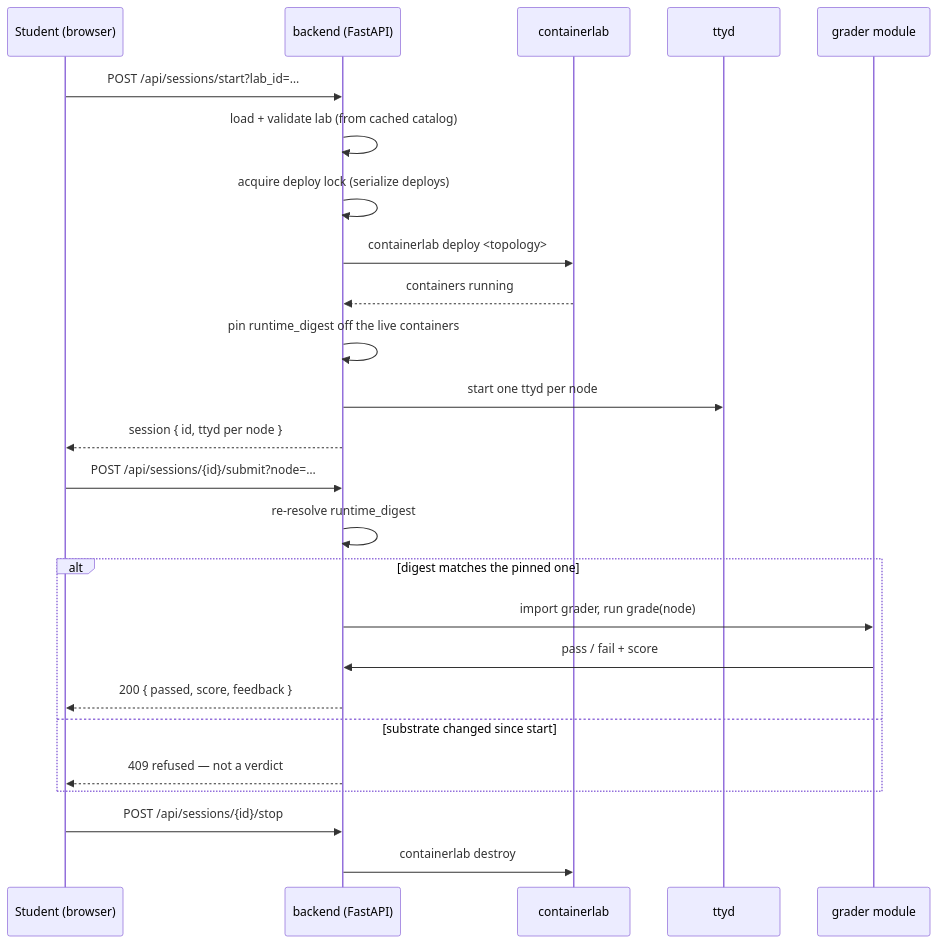
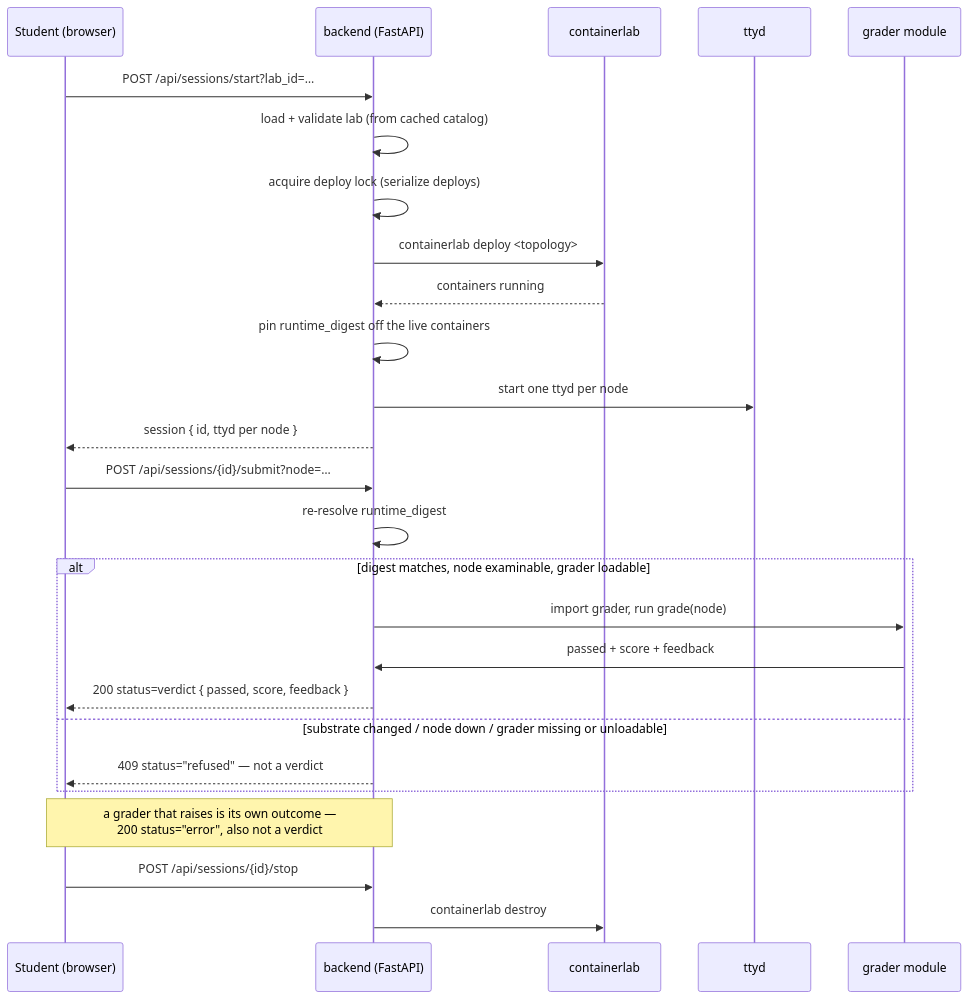
The second of 2 diagrams in docs/architecture.md (crperdue73/cirrus-nexus), drawn with Mermaid before and after one commit. The commit also changed other lines of this file and 1 other file, not shown here.

Commit message:
docs: architecture.md measured against the tree — three-state grading path, deleted file out of Components, pin row corrected

````diff
--- a/docs/architecture.md
+++ b/docs/architecture.md
@@ -85,30 +85,31 @@
 ```mermaid
 sequenceDiagram
     participant S as Student (browser)
     participant A as backend (FastAPI)
     participant C as containerlab
     participant T as ttyd
     participant G as grader module
 
     S->>A: POST /api/sessions/start?lab_id=…
     A->>A: load + validate lab (from cached catalog)
     A->>A: acquire deploy lock (serialize deploys)
     A->>C: containerlab deploy <topology>
     C-->>A: containers running
     A->>A: pin runtime_digest off the live containers
     A->>T: start one ttyd per node
     A-->>S: session { id, ttyd per node }
 
     S->>A: POST /api/sessions/{id}/submit?node=…
     A->>A: re-resolve runtime_digest
-    alt digest matches the pinned one
+    alt digest matches, node examinable, grader loadable
         A->>G: import grader, run grade(node)
-        G->>A: pass / fail + score
-        A-->>S: 200 { passed, score, feedback }
-    else substrate changed since start
-        A-->>S: 409 refused — not a verdict
+        G->>A: passed + score + feedback
+        A-->>S: 200 status=verdict { passed, score, feedback }
+    else substrate changed / node down / grader missing or unloadable
+        A-->>S: 409 status="refused" — not a verdict
     end
+    Note over A,S: a grader that raises is its own outcome —<br/>200 status="error", also not a verdict
 
     S->>A: POST /api/sessions/{id}/stop
     A->>C: containerlab destroy
 ```
````
